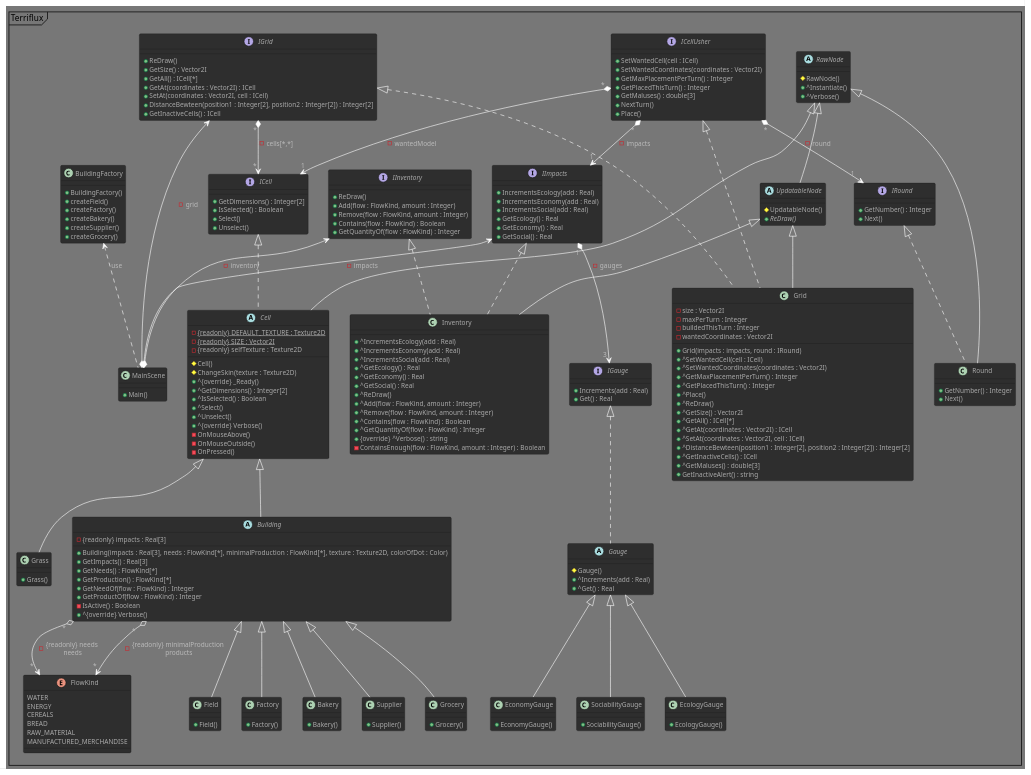
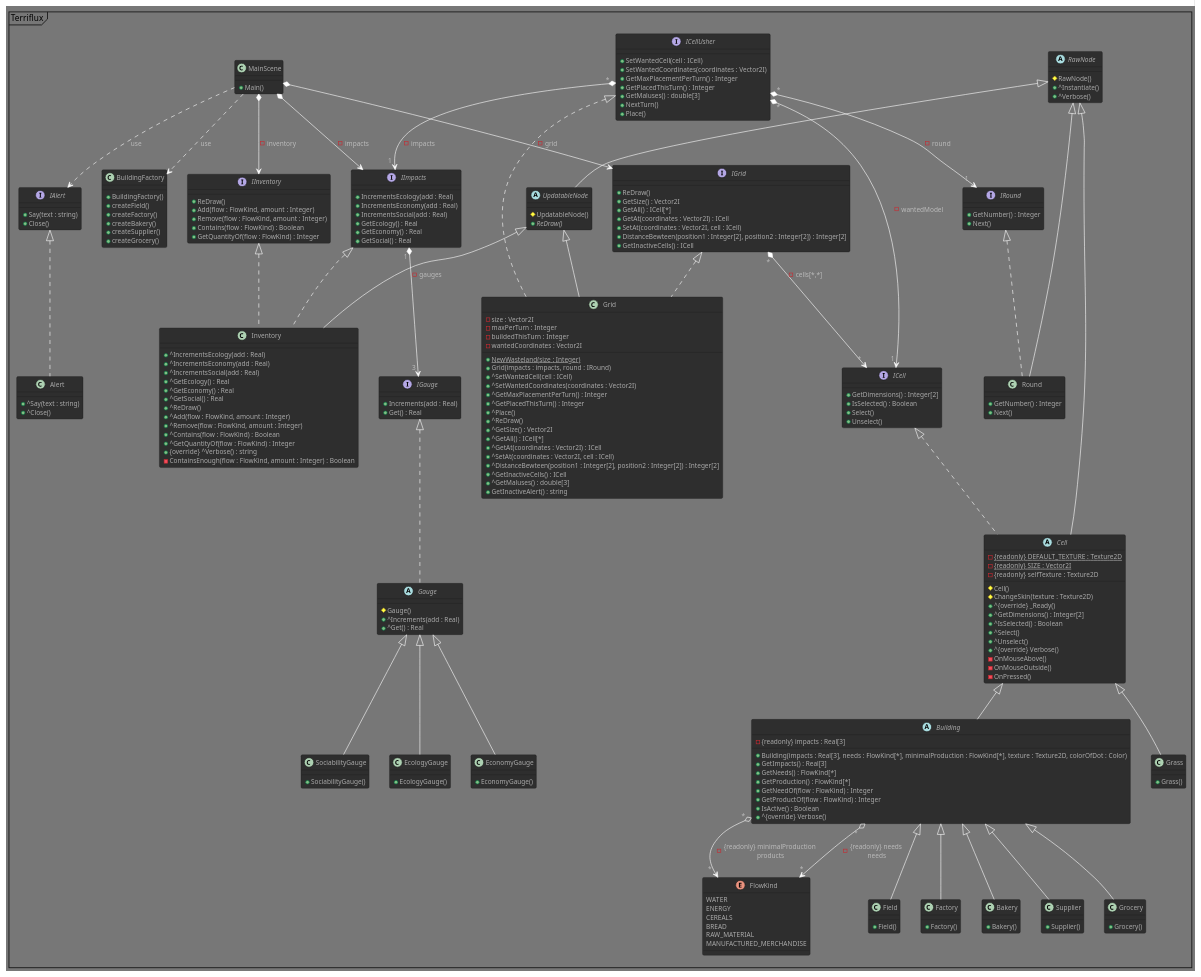
One commit to Spidermatou/Terriflux changed the diagram in Terriflux.puml. Above: the diagram before and after it, drawn with PlantUML.

Commit message:
Update uml

```diff
--- a/Terriflux.puml
+++ b/Terriflux.puml
@@ -8,10 +8,11 @@
 {
     + Main()
 }
-MainScene *-u-> IImpacts : - impacts
-MainScene *-u-> IGrid : - grid
-MainScene *-u-> IInventory : - inventory
-MainScene .u.> BuildingFactory : use  /' Via la PlacementList '/
+MainScene *--> IImpacts : - impacts
+MainScene *--> IGrid : - grid
+MainScene *--> IInventory : - inventory
+MainScene ..> BuildingFactory : use  /' Via la PlacementList '/
+MainScene ..> IAlert : use  
 
 /' GENERAL '/
 /' Any node of our own creation '/
@@ -65,7 +66,7 @@
     + GetProduction() : FlowKind[*]     /' minimal product '/
     + GetNeedOf(flow : FlowKind) : Integer
     + GetProductOf(flow : FlowKind) : Integer        /' minimal product '/
-    - IsActive() : Boolean /' will produce sth this turn '/
+    + IsActive() : Boolean /' will produce sth this turn '/
     + ^{override} Verbose()
 }
 /' needs & minimalProduction = (FlowKind, Integer)[*] '/
@@ -155,6 +156,7 @@
     - maxPerTurn : Integer
     - buildedThisTurn : Integer
     - wantedCoordinates : Vector2I
+    + {static} NewWasteland(size : Integer)
     + Grid(impacts : impacts, round : IRound)
     + ^SetWantedCell(cell : ICell)
     + ^SetWantedCoordinates(coordinates : Vector2I)
@@ -231,8 +233,16 @@
     - ContainsEnough(flow : FlowKind, amount : Integer) : Boolean
 }
 
-
 /' MESSAGE to user '/
-/' -- TODO -- '/
+interface IAlert
+{
+    + Say(text : string)
+    + Close()
+}
+class Alert implements IAlert
+{
+    + ^Say(text : string)
+    + ^Close()
+}
 
 @enduml
```
